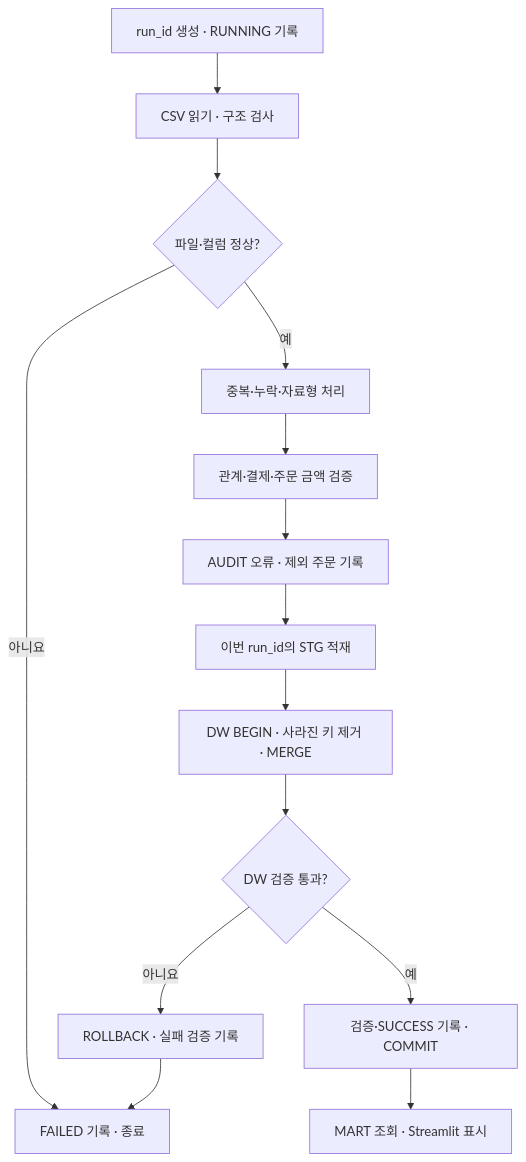
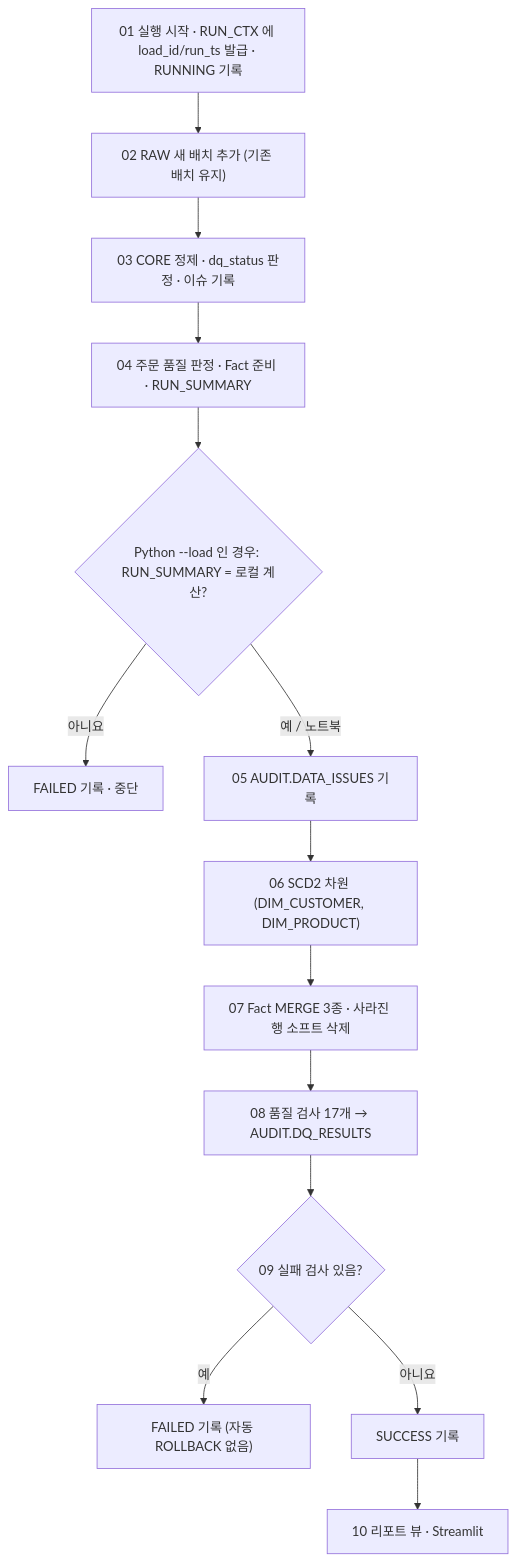
Before and after one commit to dongchanlim/Sales-ETL-Pipeline-AE101: the diagram in docs/execution_flow.md, drawn with Mermaid. The commit also changed other lines of this file and 46 other files, not shown here.

First line of the commit message:
Restructure pipeline to RAW -> CORE -> MART (notebook as source of truth)

````diff
--- a/docs/execution_flow.md
+++ b/docs/execution_flow.md
@@ -7,16 +20,16 @@
 ```mermaid
 flowchart TD
-    A["run_id 생성 · RUNNING 기록"] --> B["CSV 읽기 · 구조 검사"]
-    B --> C{"파일·컬럼 정상?"}
-    C -->|아니요| X["FAILED 기록 · 종료"]
-    C -->|예| D["중복·누락·자료형 처리"]
-    D --> E["관계·결제·주문 금액 검증"]
-    E --> F["AUDIT 오류 · 제외 주문 기록"]
-    F --> G["이번 run_id의 STG 적재"]
-    G --> H["DW BEGIN · 사라진 키 제거 · MERGE"]
-    H --> I{"DW 검증 통과?"}
-    I -->|아니요| J["ROLLBACK · 실패 검증 기록"]
-    J --> X
-    I -->|예| K["검증·SUCCESS 기록 · COMMIT"]
-    K --> L["MART 조회 · Streamlit 표시"]
+    A["01 실행 시작 · RUN_CTX 에 load_id/run_ts 발급 · RUNNING 기록"] --> B["02 RAW 새 배치 추가 (기존 배치 유지)"]
+    B --> C["03 CORE 정제 · dq_status 판정 · 이슈 기록"]
+    C --> D["04 주문 품질 판정 · Fact 준비 · RUN_SUMMARY"]
+    D --> E{"Python --load 인 경우: RUN_SUMMARY = 로컬 계산?"}
+    E -->|아니요| X["FAILED 기록 · 중단"]
+    E -->|예 / 노트북| F["05 AUDIT.DATA_ISSUES 기록"]
+    F --> G["06 SCD2 차원 (DIM_CUSTOMER, DIM_PRODUCT)"]
+    G --> H["07 Fact MERGE 3종 · 사라진 행 소프트 삭제"]
+    H --> I["08 품질 검사 17개 → AUDIT.DQ_RESULTS"]
+    I --> J{"09 실패 검사 있음?"}
+    J -->|예| K["FAILED 기록 (자동 ROLLBACK 없음)"]
+    J -->|아니요| L["SUCCESS 기록"]
+    L --> M["10 리포트 뷰 · Streamlit"]
 ```
````
